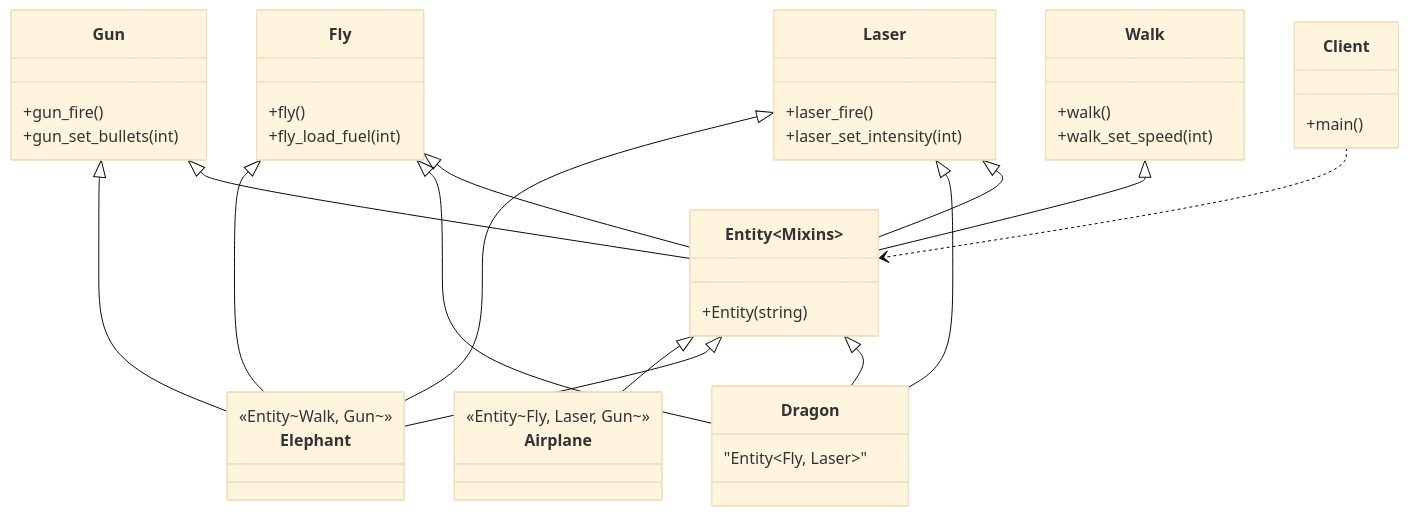
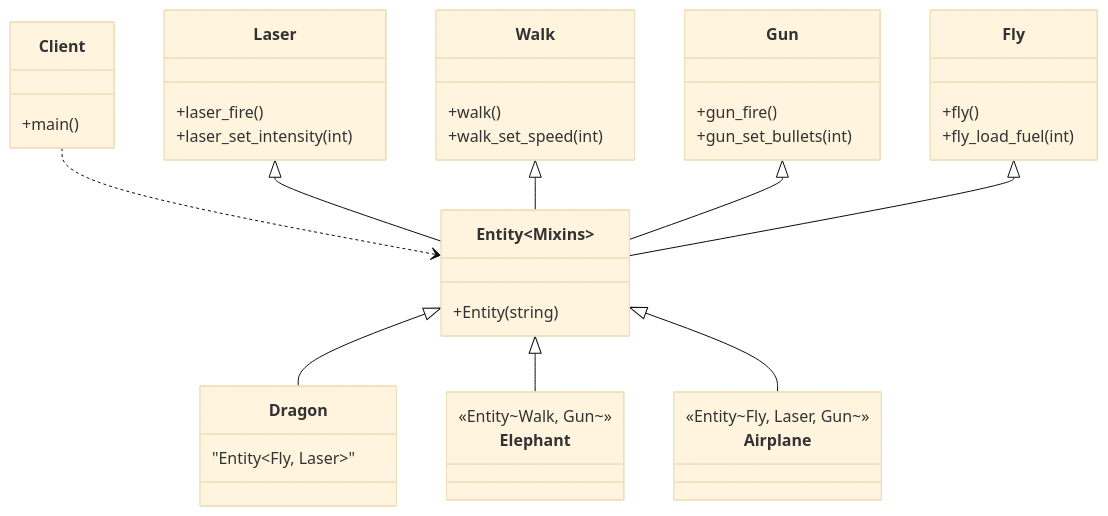
Before and after one commit to Cichlidfishexigency721/Modern-CPP-Design-Patterns: the diagram in 15_Mixin/01_Simple/diagram.md, drawn with Mermaid (base theme).

Commit message:
UML improvement

````diff
--- a/15_Mixin/01_Simple/diagram.md
+++ b/15_Mixin/01_Simple/diagram.md
@@ -3,60 +3,55 @@
 ```mermaid
 classDiagram
 %%---------------------------------------------------------------------- Main:
    class Client {
       +main()
    }
 
 %%---------------------------------------------------- Features (Mixin Parts):
    class Laser {
       +laser_fire()
       +laser_set_intensity(int)
    }
 
    class Walk {
       +walk()
       +walk_set_speed(int)
    }
 
    class Gun {
       +gun_fire()
       +gun_set_bullets(int)
    }
 
    class Fly {
       +fly()
       +fly_load_fuel(int)
    }
 
 %%--------------------------------------------------------------------- Entity:
    class Entity~Mixins~ {
       +Entity(string)
    }
 
 %%------------------------------------------------------------ Mixin Entities:
    %% Mixin entities defined by type aliases in the code
    class Dragon { "Entity~Fly, Laser~" }
    class Elephant { <<Entity~Walk, Gun~>> }
    class Airplane { <<Entity~Fly, Laser, Gun~>> }
 
 %%----------------------------------------------------------- UML Composition:
    %% The client has an Entity<Mixins>>
    Client ..> Entity~Mixins~
 
    %% Multiple Inheritance (Horizontal Composition)
    %% Inheritance arrows do not use multiplicity numbers
    Laser <|-- Entity~Mixins~
    Walk <|-- Entity~Mixins~
    Gun <|-- Entity~Mixins~
    Fly <|-- Entity~Mixins~
 
    %% Relationships for specific types
    Entity~Mixins~ <|-- Dragon
-   Fly <|-- Dragon
-   Laser <|-- Dragon
    Entity~Mixins~ <|-- Elephant
-   Fly <|-- Elephant
-   Laser <|-- Elephant
-   Gun <|-- Elephant
    Entity~Mixins~ <|-- Airplane
 ```
````
